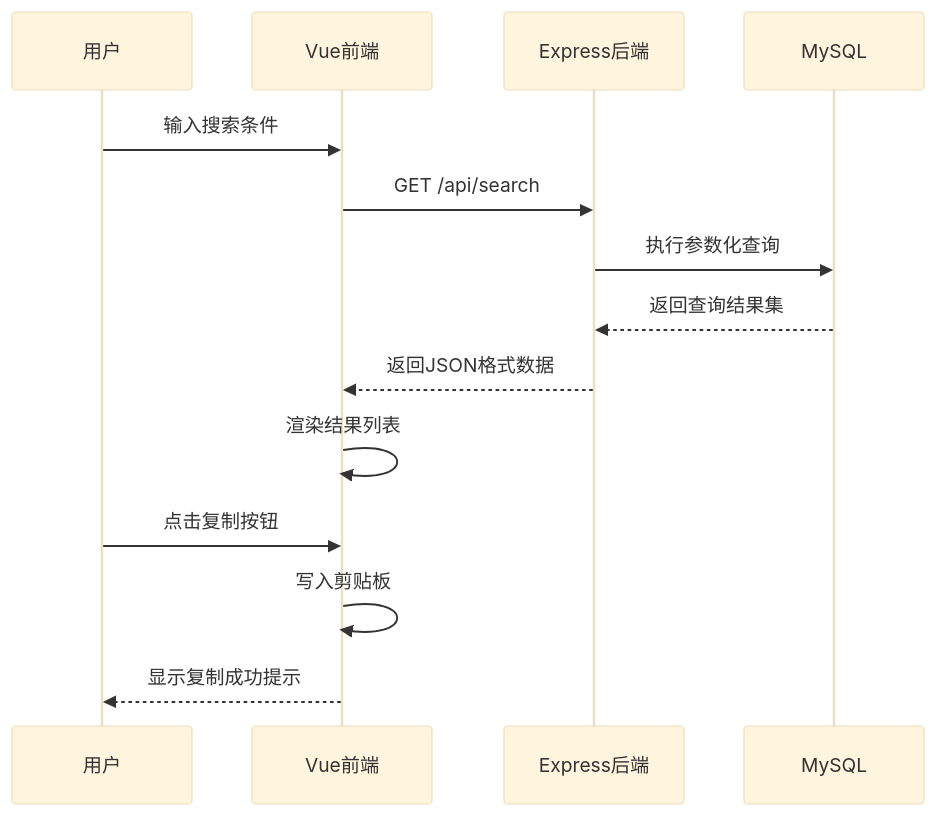
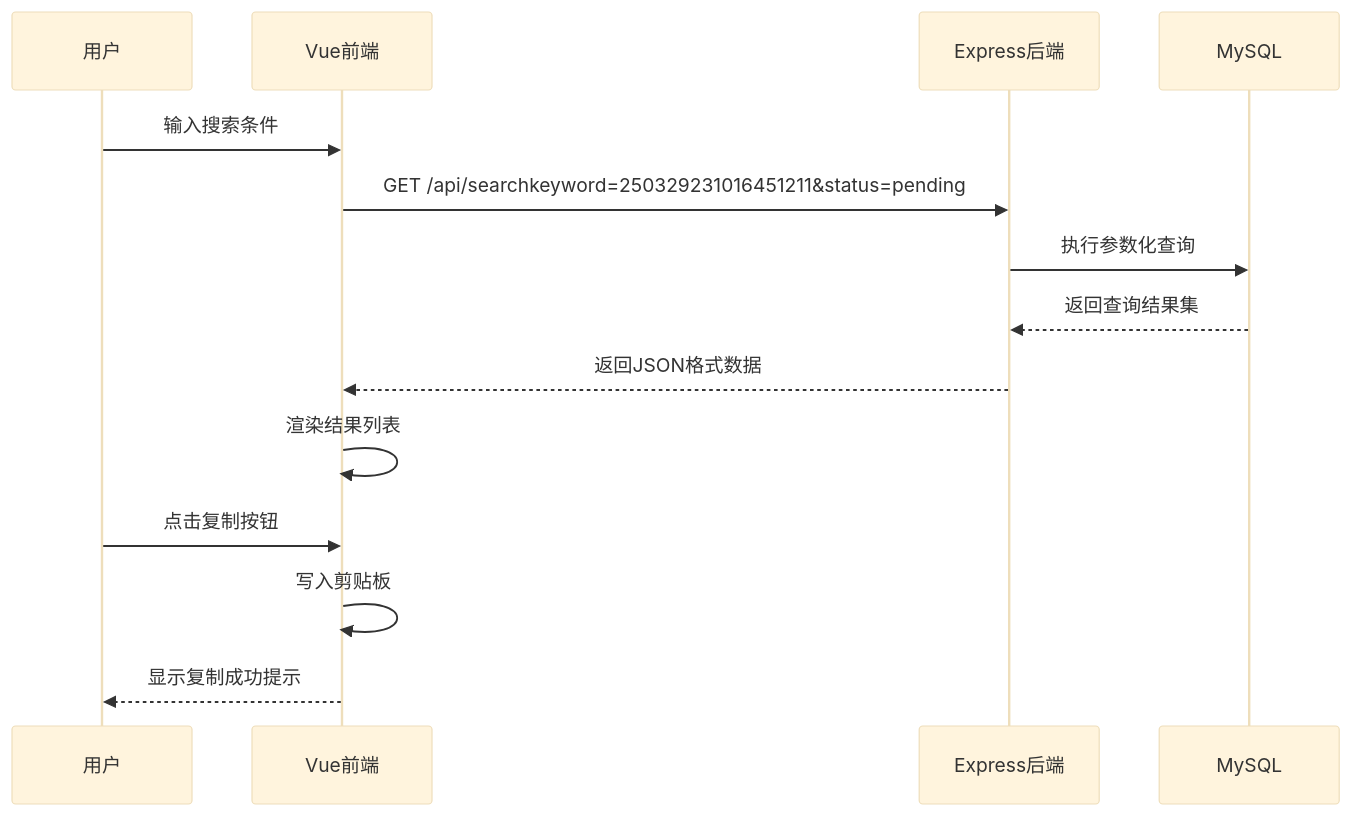
One commit to 1215587043/iodraw-files changed the diagram in all/未命名-2.md. Above: the diagram before and after it, drawn with Mermaid (base theme).

Commit message:
2025-04-11 21:50:44 update

````diff
--- a/all/未命名-2.md
+++ b/all/未命名-2.md
@@ -1,17 +1,17 @@
 ```mermaid
 sequenceDiagram
     participant 用户 as 用户
     participant 前端 as Vue前端
     participant 后端 as Express后端
     participant 数据库 as MySQL
 
     用户->>前端: 输入搜索条件
-    前端->>后端: GET /api/search
+    前端->>后端: GET /api/searchkeyword=250329231016451211&status=pending
     后端->>数据库: 执行参数化查询
     数据库-->>后端: 返回查询结果集
     后端-->>前端: 返回JSON格式数据
     前端->>前端: 渲染结果列表
     用户->>前端: 点击复制按钮
     前端->>前端: 写入剪贴板
     前端-->>用户: 显示复制成功提示 
 ```
````
